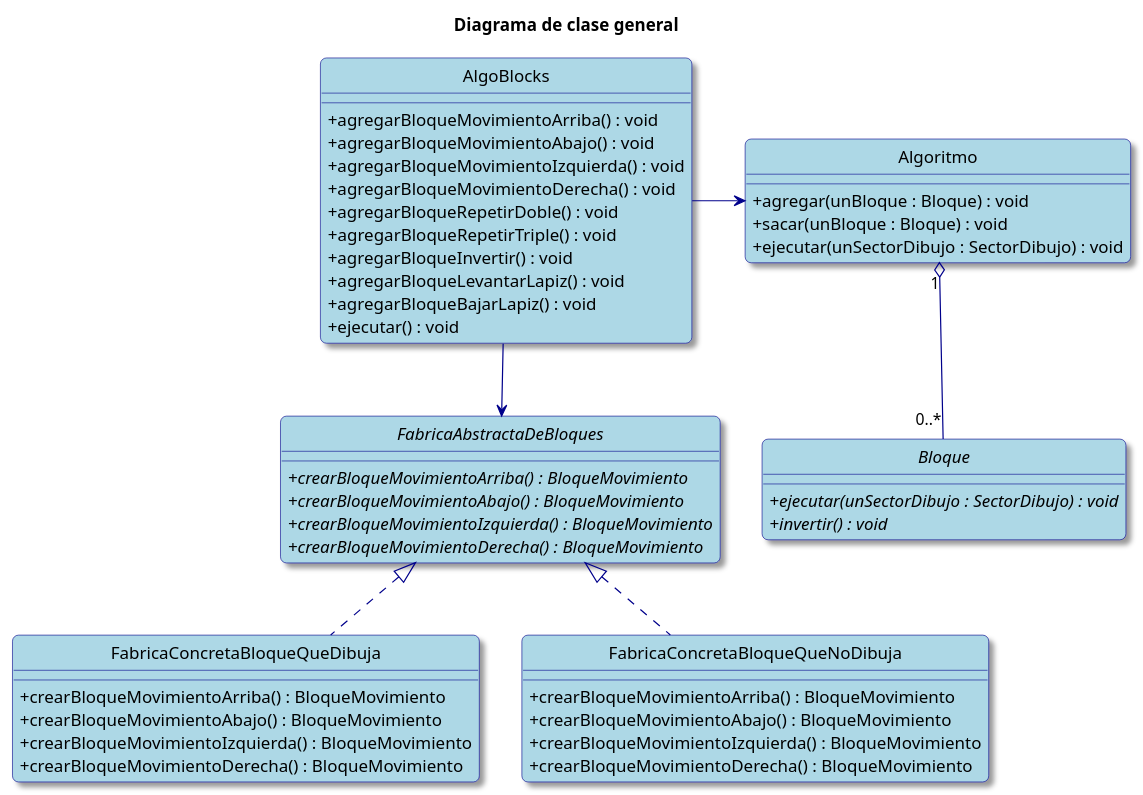
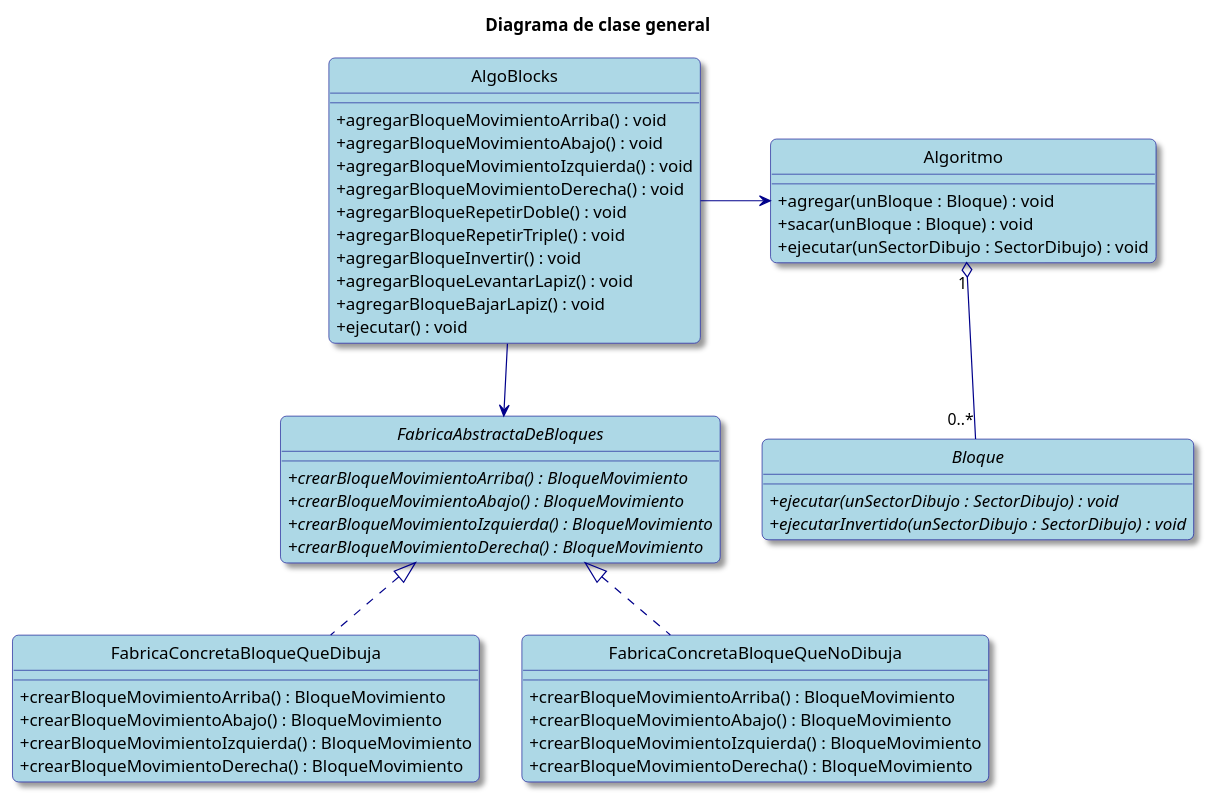
One commit to valva-ro/Algo3-TP2-AlgoBlocks changed the first of 4 diagrams in diagramas-clases.puml. Above: the diagram before and after it, drawn with PlantUML. The commit also changed other lines of this file, not shown here.

```diff
--- a/diagramas-clases.puml
+++ b/diagramas-clases.puml
@@ -1,70 +1,70 @@
 @startuml
 hide circle
 skinparam classAttributeIconSize 0
 skinparam backgroundColor White
 skinparam RoundCorner 10
 skinparam Shadowing true
 
 skinparam class {
     ArrowColor DarkBlue
     BackgroundColor LightBlue
     BorderColor DarkBlue
 }
 
 skinparam note {
     BackgroundColor LightYellow
     BorderColor DarkBlue
 }
 
 title Diagrama de clase general
 
 class AlgoBlocks {
     + agregarBloqueMovimientoArriba() : void
     + agregarBloqueMovimientoAbajo() : void
     + agregarBloqueMovimientoIzquierda() : void
     + agregarBloqueMovimientoDerecha() : void
     + agregarBloqueRepetirDoble() : void
     + agregarBloqueRepetirTriple() : void
     + agregarBloqueInvertir() : void
     + agregarBloqueLevantarLapiz() : void
     + agregarBloqueBajarLapiz() : void
     + ejecutar() : void
 }
 
 interface FabricaAbstractaDeBloques {
     + {abstract} crearBloqueMovimientoArriba() : BloqueMovimiento
     + {abstract} crearBloqueMovimientoAbajo() : BloqueMovimiento
     + {abstract} crearBloqueMovimientoIzquierda() : BloqueMovimiento
     + {abstract} crearBloqueMovimientoDerecha() : BloqueMovimiento
 }
 class FabricaConcretaBloqueQueDibuja {
     + crearBloqueMovimientoArriba() : BloqueMovimiento
     + crearBloqueMovimientoAbajo() : BloqueMovimiento
     + crearBloqueMovimientoIzquierda() : BloqueMovimiento
     + crearBloqueMovimientoDerecha() : BloqueMovimiento
 }
 class FabricaConcretaBloqueQueNoDibuja {
     + crearBloqueMovimientoArriba() : BloqueMovimiento
     + crearBloqueMovimientoAbajo() : BloqueMovimiento
     + crearBloqueMovimientoIzquierda() : BloqueMovimiento
     + crearBloqueMovimientoDerecha() : BloqueMovimiento
 }
 
 interface Bloque {
     + {abstract} ejecutar(unSectorDibujo : SectorDibujo) : void
-    + {abstract} invertir() : void
+    + {abstract} ejecutarInvertido(unSectorDibujo : SectorDibujo) : void
 }
 
 class Algoritmo {
     + agregar(unBloque : Bloque) : void
     + sacar(unBloque : Bloque) : void
     + ejecutar(unSectorDibujo : SectorDibujo) : void
 }
 
 Algoritmo "1" o-- "0..*" Bloque
 
 AlgoBlocks -> Algoritmo
 AlgoBlocks --> FabricaAbstractaDeBloques
 FabricaAbstractaDeBloques <|.. FabricaConcretaBloqueQueDibuja
 FabricaAbstractaDeBloques <|.. FabricaConcretaBloqueQueNoDibuja
 @enduml
```
